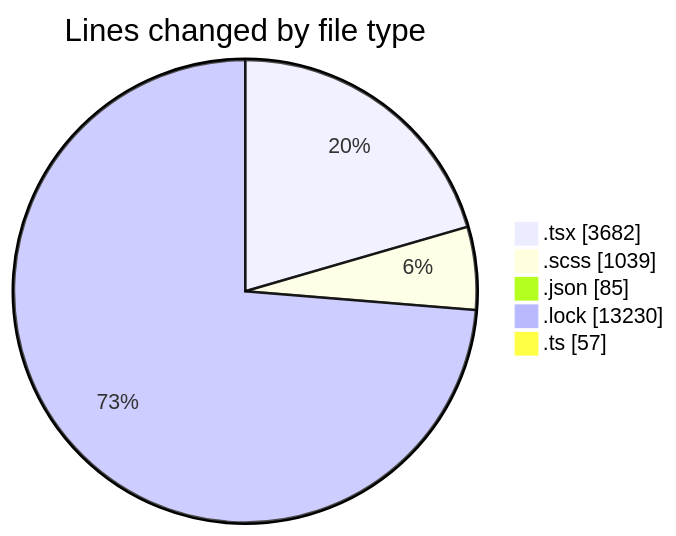
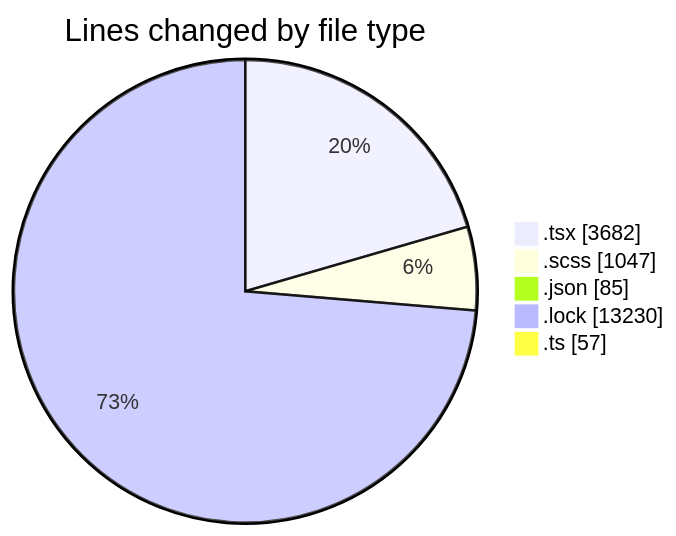
One commit to momahboobian/code-tracking changed the first of 2 diagrams in 2025-10-03/cda/README.md. Above: the diagram before and after it, drawn with Mermaid. The commit also changed other lines of this file and 1 other file, not shown here.

````diff
--- a/2025-10-03/cda/README.md
+++ b/2025-10-03/cda/README.md
@@ -30,9 +30,9 @@
 ```mermaid
 pie showData
 title Lines changed by file type
 ".tsx" : 3682
-".scss" : 1039
+".scss" : 1047
 ".json" : 85
 ".lock" : 13230
 ".ts" : 57
 ```
````
